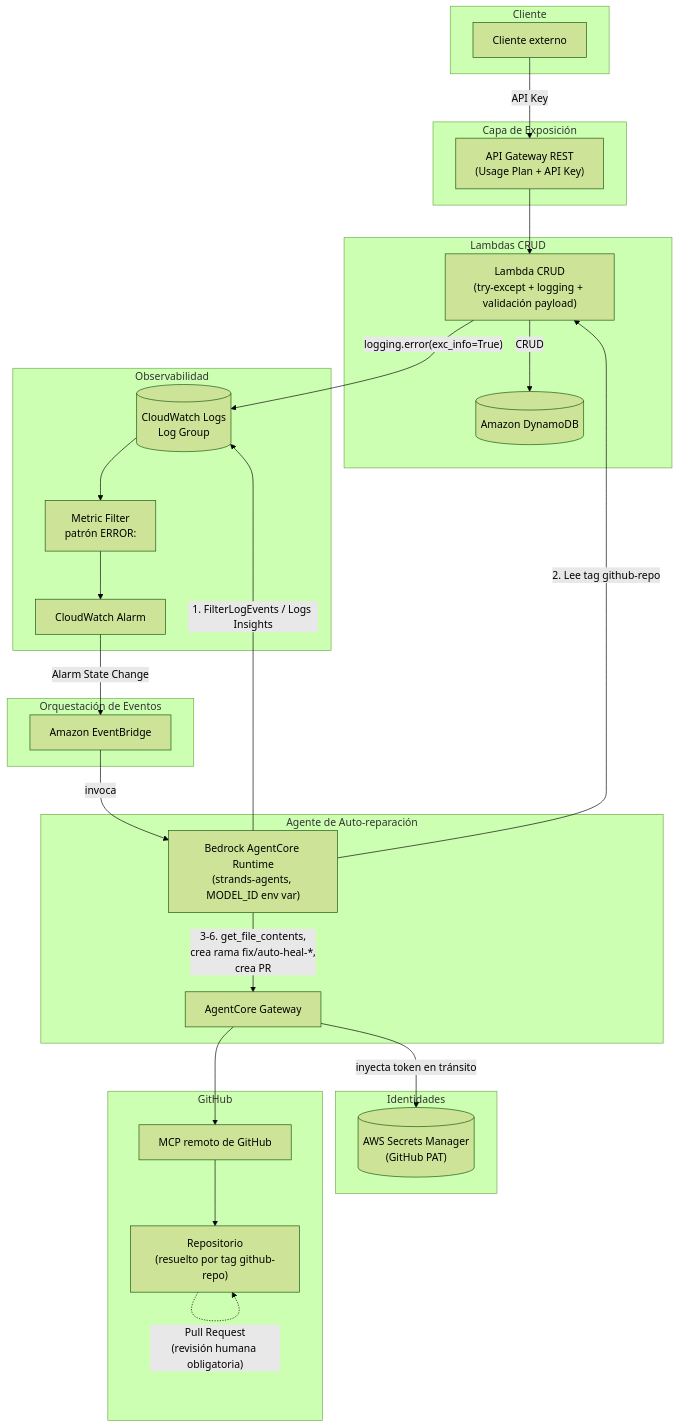
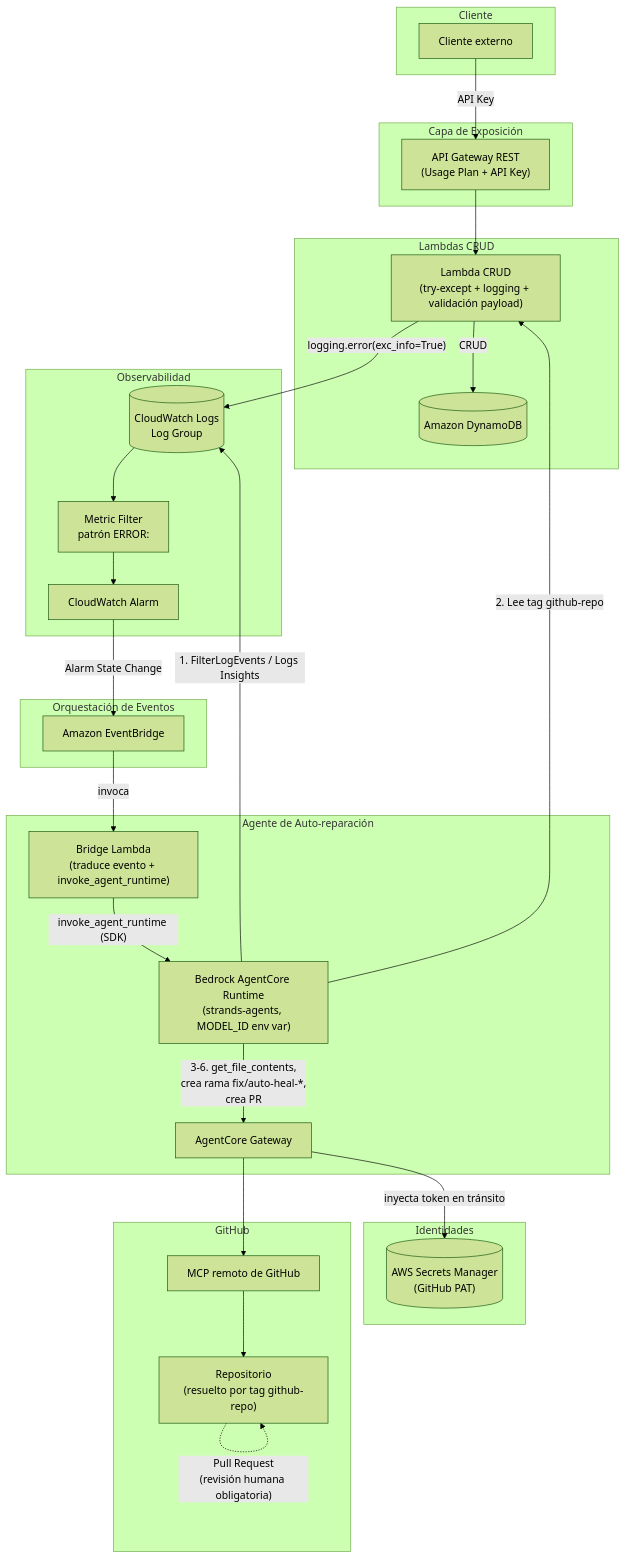
One commit to David1187/hackaton-kiro-agente-cloudwatch changed the diagram in .kiro/steering/architecture-guide.md. Above: the diagram before and after it, drawn with Mermaid (forest theme). The commit also changed other lines of this file and 1 other file, not shown here.

Commit message:
Actualización Arquitectura con GitHub Action y Lambda AWS EventBridge

````diff
--- a/.kiro/steering/architecture-guide.md
+++ b/.kiro/steering/architecture-guide.md
@@ -28,54 +28,56 @@
 ```mermaid
 flowchart TB
     subgraph Cliente
         C[Cliente externo]
     end
 
     subgraph API["Capa de Exposición"]
         AG["API Gateway REST\n(Usage Plan + API Key)"]
     end
 
     subgraph CRUD["Lambdas CRUD"]
         L["Lambda CRUD\n(try-except + logging + validación payload)"]
         DDB[(Amazon DynamoDB)]
     end
 
     subgraph Obs["Observabilidad"]
         CWL[(CloudWatch Logs\nLog Group)]
         MF["Metric Filter\npatrón ERROR:"]
         AL["CloudWatch Alarm"]
     end
 
     subgraph Evt["Orquestación de Eventos"]
         EB["Amazon EventBridge"]
     end
 
     subgraph Agent["Agente de Auto-reparación"]
+        BR["Bridge Lambda\n(traduce evento + invoke_agent_runtime)"]
         AC["Bedrock AgentCore Runtime\n(strands-agents, MODEL_ID env var)"]
         GW["AgentCore Gateway"]
     end
 
     subgraph Sec["Identidades"]
         SM[("AWS Secrets Manager\n(GitHub PAT)")]
     end
 
     subgraph GH["GitHub"]
         MCP["MCP remoto de GitHub"]
         REPO["Repositorio\n(resuelto por tag github-repo)"]
     end
 
     C -->|API Key| AG --> L
     L -->|CRUD| DDB
     L -->|"logging.error(exc_info=True)"| CWL
     CWL --> MF --> AL
     AL -->|"Alarm State Change"| EB
-    EB -->|invoca| AC
+    EB -->|invoca| BR
+    BR -->|"invoke_agent_runtime (SDK)"| AC
 
     AC -->|"1. FilterLogEvents / Logs Insights"| CWL
     AC -->|"2. Lee tag github-repo"| L
     AC -->|"3-6. get_file_contents,\ncrea rama fix/auto-heal-*,\ncrea PR"| GW
     GW -->|"inyecta token en tránsito"| SM
     GW --> MCP
     MCP --> REPO
     REPO -.->|"Pull Request\n(revisión humana obligatoria)"| REPO
 ```
````
